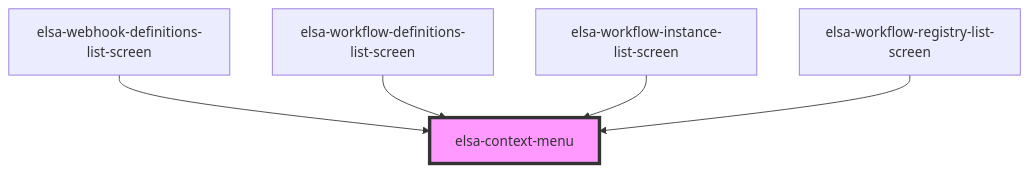
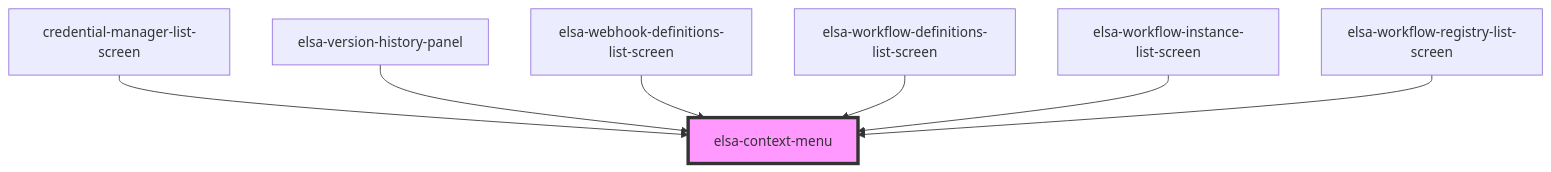
The diagram in src/designer/elsa-workflows-studio/src/components/controls/elsa-context-menu/readme.md (elsa-workflows/elsa-core), drawn with Mermaid before and after one commit. The commit also changed other lines of this file and 332 other files, not shown here.

Commit message:
Merged master into credential-manager

````diff
--- a/src/designer/elsa-workflows-studio/src/components/controls/elsa-context-menu/readme.md
+++ b/src/designer/elsa-workflows-studio/src/components/controls/elsa-context-menu/readme.md
@@ -26,8 +28,10 @@
 ```mermaid
 graph TD;
+  credential-manager-list-screen --> elsa-context-menu
+  elsa-version-history-panel --> elsa-context-menu
   elsa-webhook-definitions-list-screen --> elsa-context-menu
   elsa-workflow-definitions-list-screen --> elsa-context-menu
   elsa-workflow-instance-list-screen --> elsa-context-menu
   elsa-workflow-registry-list-screen --> elsa-context-menu
   style elsa-context-menu fill:#f9f,stroke:#333,stroke-width:4px
 ```
````
